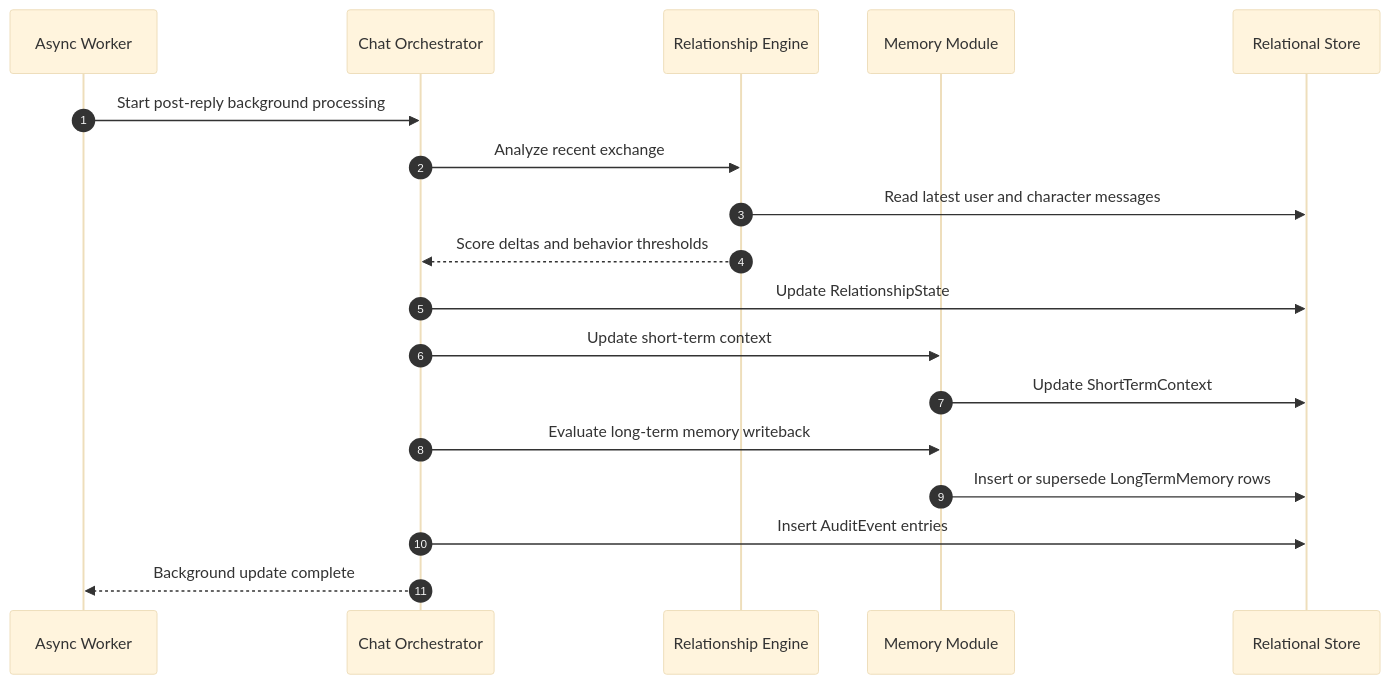
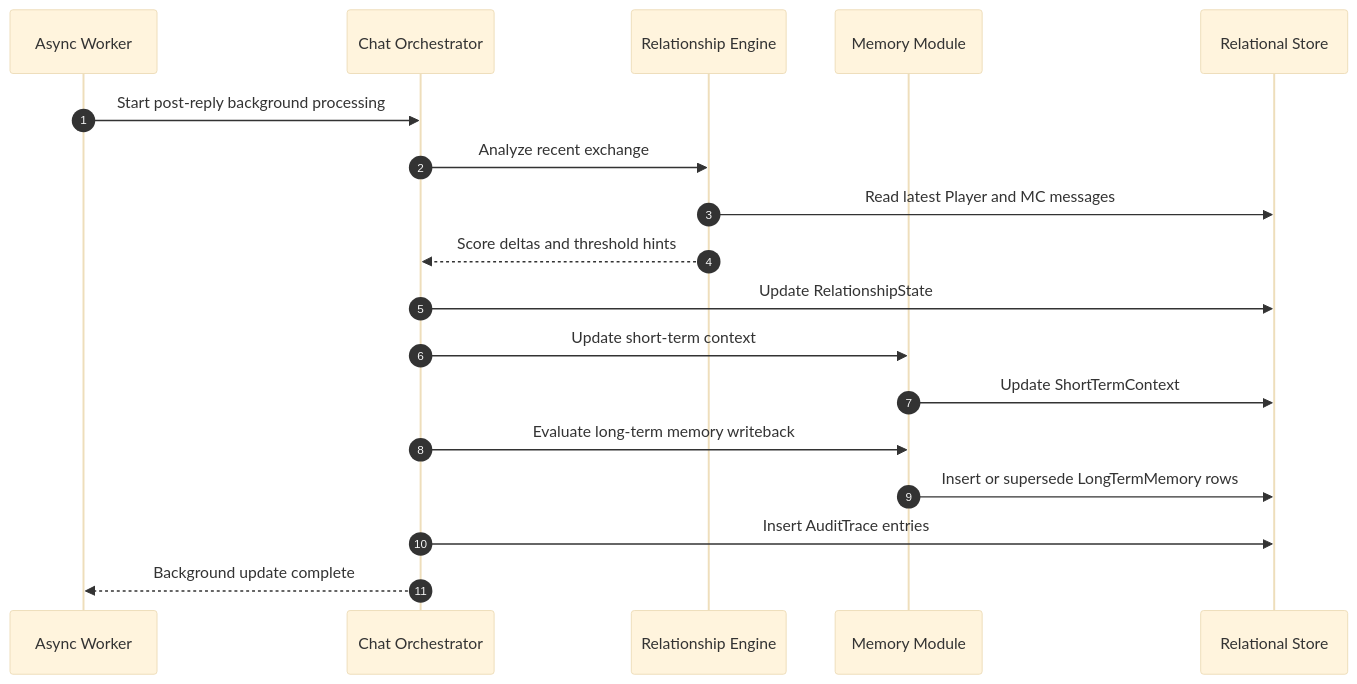
One commit to aa-aiera/renai_docs changed the fourth of 6 diagrams in docs/02_architecture/renai-game-llm-mvp-sequence-flows.md. Above: the diagram before and after it, drawn with Mermaid (base theme). The commit also changed other lines of this file and 16 other files, not shown here.

First line of the commit message:
Rename user/character to Player/MC; enforce phase1 policies

````diff
--- a/docs/02_architecture/renai-game-llm-mvp-sequence-flows.md
+++ b/docs/02_architecture/renai-game-llm-mvp-sequence-flows.md
@@ -248,25 +166,25 @@
 ```mermaid
 sequenceDiagram
     autonumber
     participant W as Async Worker
     participant ORCH as Chat Orchestrator
     participant REL as Relationship Engine
     participant MEM as Memory Module
     participant DB as Relational Store
 
     W->>ORCH: Start post-reply background processing
 
     ORCH->>REL: Analyze recent exchange
-    REL->>DB: Read latest user and character messages
-    REL-->>ORCH: Score deltas and behavior thresholds
+    REL->>DB: Read latest Player and MC messages
+    REL-->>ORCH: Score deltas and threshold hints
     ORCH->>DB: Update RelationshipState
 
     ORCH->>MEM: Update short-term context
     MEM->>DB: Update ShortTermContext
 
     ORCH->>MEM: Evaluate long-term memory writeback
     MEM->>DB: Insert or supersede LongTermMemory rows
 
-    ORCH->>DB: Insert AuditEvent entries
+    ORCH->>DB: Insert AuditTrace entries
     ORCH-->>W: Background update complete
 ```
````
